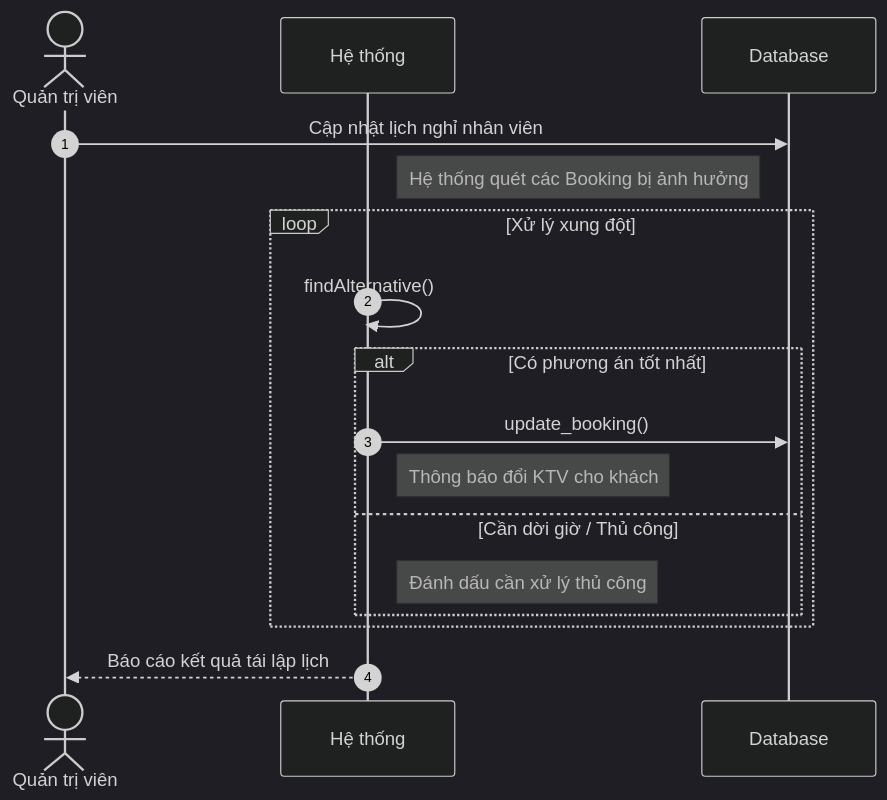
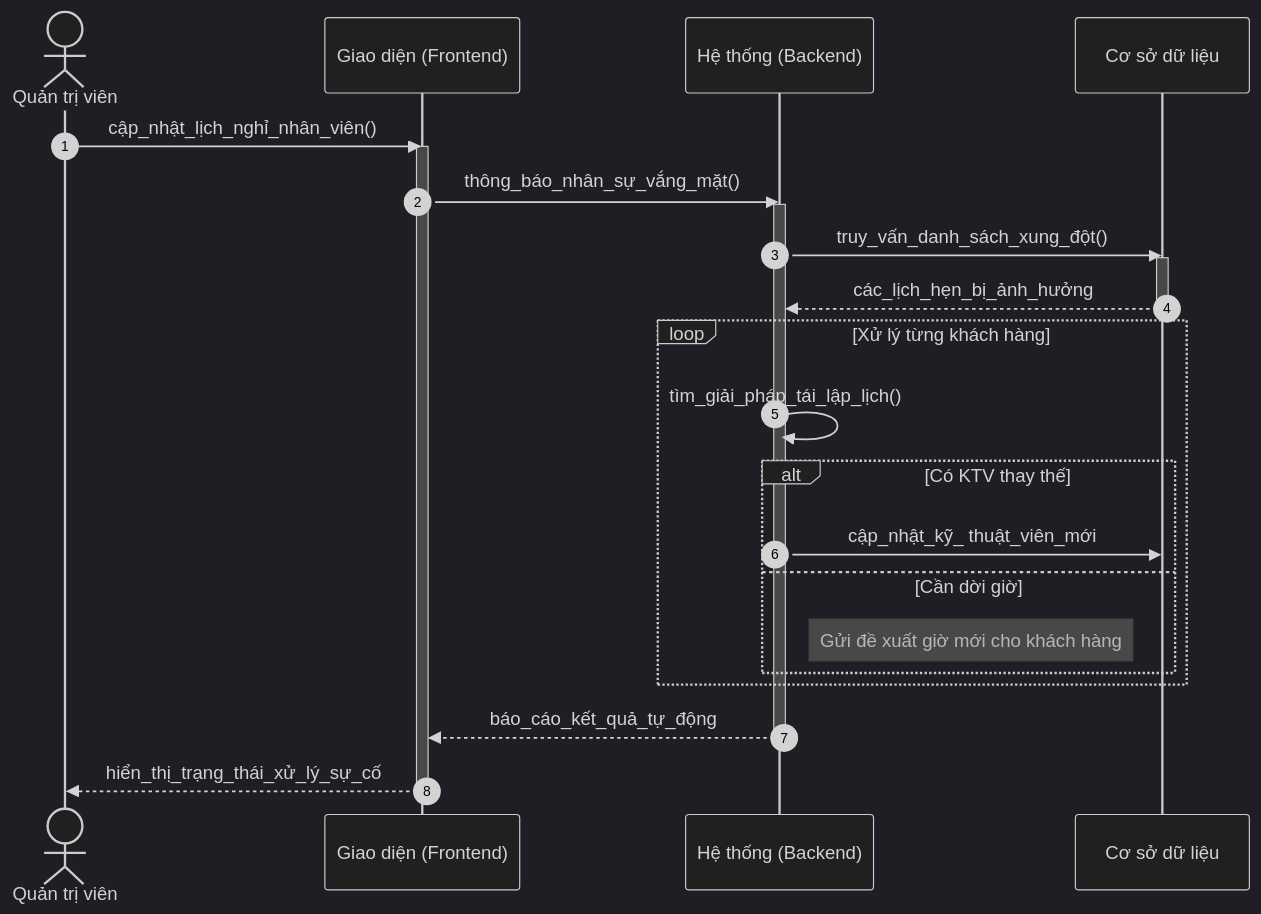
Before and after one commit to ngoctinn/Synapse: the third of 3 diagrams in docs/design/sequences_simplified/receptionist_flows.md, drawn with Mermaid (dark theme). The commit also changed other lines of this file and 4 other files, not shown here.

Commit message:
docs: Add simplified sequence diagrams for receptionist, technician, admin, customer, and authentication flows.

````diff
--- a/docs/design/sequences_simplified/receptionist_flows.md
+++ b/docs/design/sequences_simplified/receptionist_flows.md
@@ -147,23 +72,32 @@
 ```mermaid
 sequenceDiagram
     autonumber
     actor QTV as Quản trị viên
-    participant HT as Hệ thống
-    participant DB as Database
+    participant FE as Giao diện (Frontend)
+    participant BE as Hệ thống (Backend)
+    participant DB as Cơ sở dữ liệu
 
-    QTV->>DB: Cập nhật lịch nghỉ nhân viên
+    QTV->>FE: cập_nhật_lịch_nghỉ_nhân_viên()
+    activate FE
+    FE->>BE: thông_báo_nhân_sự_vắng_mặt()
+    activate BE
 
-    Note right of HT: Hệ thống quét các Booking bị ảnh hưởng
+    BE->>DB: truy_vấn_danh_sách_xung_đột()
+    activate DB
+    DB-->>BE: các_lịch_hẹn_bị_ảnh_hưởng
+    deactivate DB
 
-    loop Xử lý xung đột
-        HT->>HT: findAlternative()
-        alt Có phương án tốt nhất
-            HT->>DB: update_booking()
-            Note right of HT: Thông báo đổi KTV cho khách
-        else Cần dời giờ / Thủ công
-            Note right of HT: Đánh dấu cần xử lý thủ công
+    loop Xử lý từng khách hàng
+        BE->>BE: tìm_giải_pháp_tái_lập_lịch()
+        alt Có KTV thay thế
+            BE->>DB: cập_nhật_kỹ_ thuật_viên_mới
+        else Cần dời giờ
+            Note right of BE: Gửi đề xuất giờ mới cho khách hàng
         end
     end
 
-    HT-->>QTV: Báo cáo kết quả tái lập lịch
+    BE-->>FE: báo_cáo_kết_quả_tự_động
+    deactivate BE
+    FE-->>QTV: hiển_thị_trạng_thái_xử_lý_sự_cố
+    deactivate FE
 ```
````
